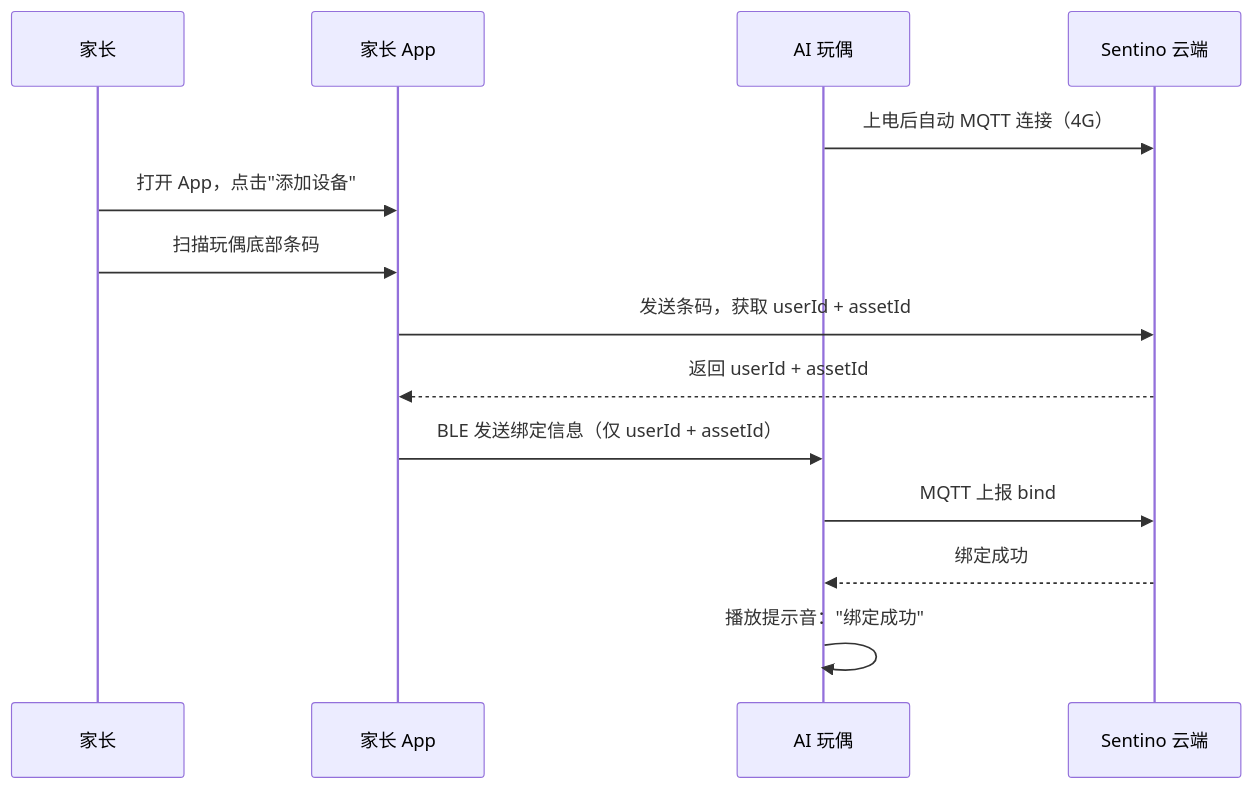
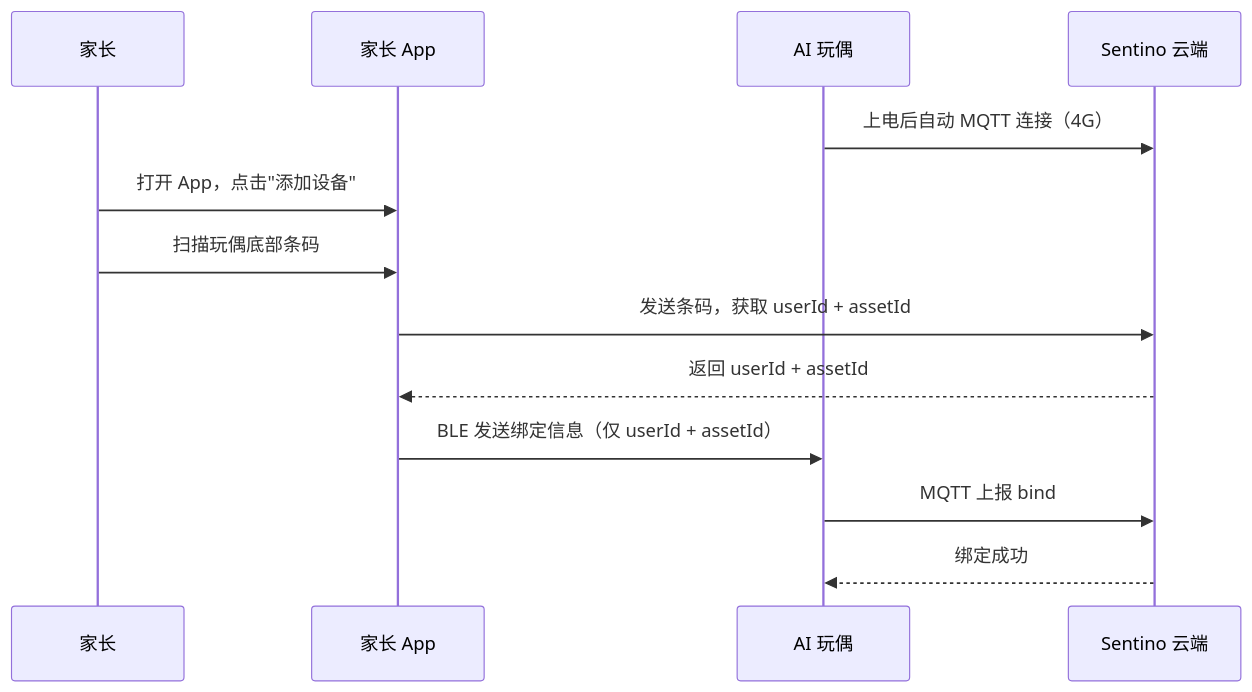
Before and after one commit to sentino-jp/iot-docs: the fourth of 7 diagrams in solution-ai-toy.md, drawn with Mermaid. The commit also changed other lines of this file and 9 other files, not shown here.

````diff
--- a/solution-ai-toy.md
+++ b/solution-ai-toy.md
@@ -114,17 +115,16 @@
 ```mermaid
 sequenceDiagram
     participant User as 家长
     participant App as 家长 App
     participant Toy as AI 玩偶
     participant Cloud as Sentino 云端
 
     Toy->>Cloud: 上电后自动 MQTT 连接（4G）
     User->>App: 打开 App，点击"添加设备"
     User->>App: 扫描玩偶底部条码
     App->>Cloud: 发送条码，获取 userId + assetId
     Cloud-->>App: 返回 userId + assetId
     App->>Toy: BLE 发送绑定信息（仅 userId + assetId）
     Toy->>Cloud: MQTT 上报 bind
     Cloud-->>Toy: 绑定成功
-    Toy->>Toy: 播放提示音："绑定成功"
 ```
````
